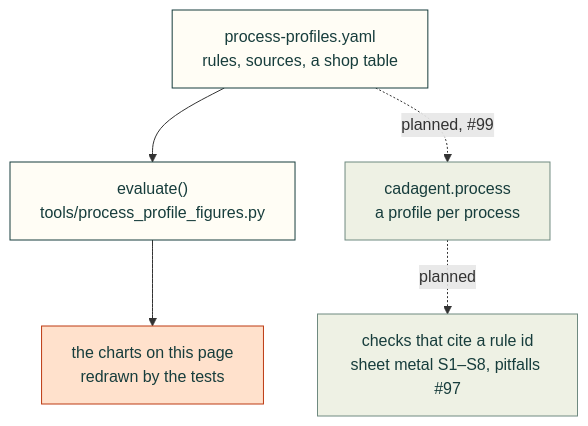
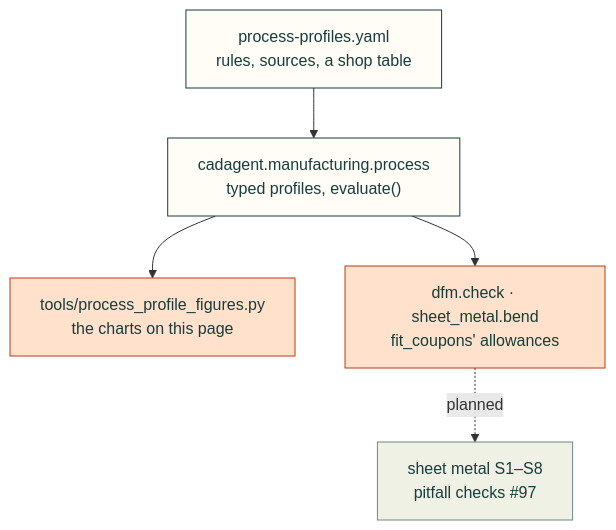
Before and after one commit to Valpatel/cad-agent: the diagram in research/process-profiles.md, drawn with Mermaid. The commit also changed other lines of this file and 11 other files, not shown here.

Commit message:
Process profiles: docs page with figures drawn from the code, map lines and changelog (#99)

````diff
--- a/research/process-profiles.md
+++ b/research/process-profiles.md
@@ -660,13 +660,13 @@
 ```mermaid
 flowchart TD
-    Y["process-profiles.yaml<br/>rules, sources, a shop table"] --> E["evaluate()<br/>tools/process_profile_figures.py"]
-    E --> C["the charts on this page<br/>redrawn by the tests"]
-    Y -.->|"planned, #99"| P["cadagent.process<br/>a profile per process"]
-    P -.->|"planned"| K["checks that cite a rule id<br/>sheet metal S1–S8, pitfalls #97"]
+    Y["process-profiles.yaml<br/>rules, sources, a shop table"] --> P["cadagent.manufacturing.process<br/>typed profiles, evaluate()"]
+    P --> E["tools/process_profile_figures.py<br/>the charts on this page"]
+    P --> K["dfm.check · sheet_metal.bend<br/>fit_coupons' allowances"]
+    K -.->|"planned"| S["sheet metal S1–S8<br/>pitfall checks #97"]
     classDef here fill:#fffdf5,stroke:#173d3c,color:#173d3c
     classDef near fill:#eef1e4,stroke:#6f8a80,color:#173d3c
     classDef out fill:#ffe1cc,stroke:#bd3a12,color:#173d3c
-    class Y,E here
-    class C out
-    class P,K near
+    class Y,P here
+    class E,K out
+    class S near
 ```
````
